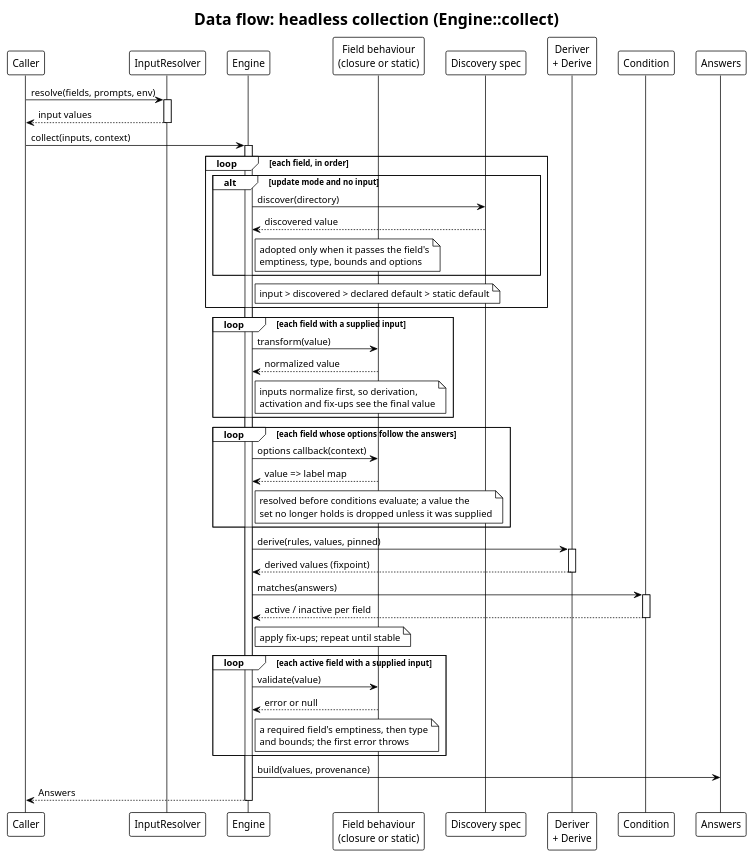
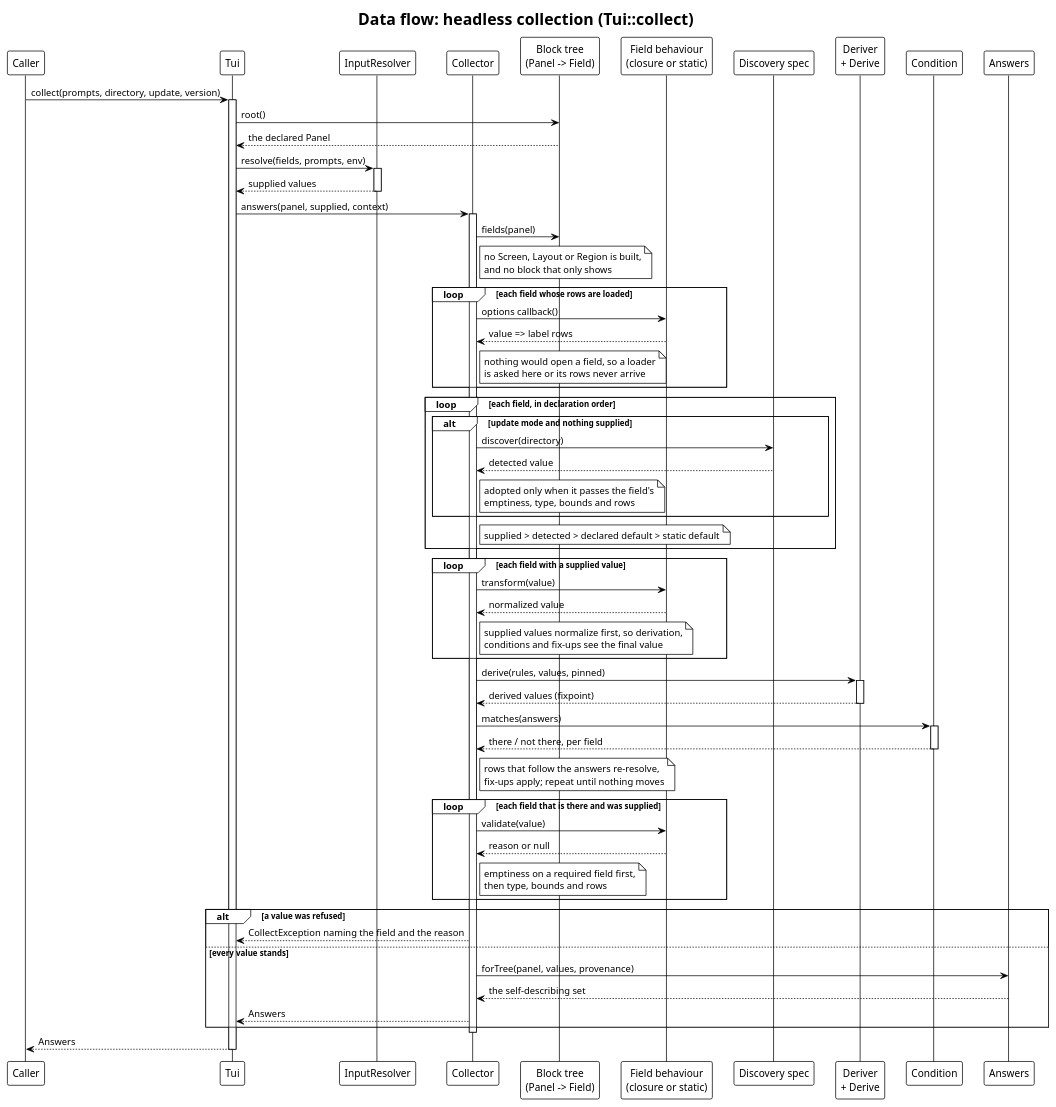
One commit to drevops/phptui changed the diagram in docs/architecture/dataflow-collect.puml. Above: the diagram before and after it, drawn with PlantUML. The commit also changed 1596 other files, not shown here.

Commit message:
Refactored to use capability-driven architecture and new visual hierarchy.

```diff
--- a/docs/architecture/dataflow-collect.puml
+++ b/docs/architecture/dataflow-collect.puml
@@ -1,68 +1,89 @@
 @startuml
 ' drevops/tui - data flow for headless collection.
-' Traced from src/Engine/Engine.php (collect -> resolveAll -> transformInputs -> stabilize -> guardInputs).
+' Traced from src/Tui.php (collect) and src/Screen/Collector.php
+' (answers -> fetched -> settle -> resolveAll -> transformSupplied -> stabilize
+' -> refusal).
 ' Regenerate every SVG with:  plantuml -tsvg docs/architecture/*.puml
 !theme plain
 skinparam backgroundColor white
 skinparam defaultFontName Helvetica
 skinparam shadowing false
-title Data flow: headless collection (Engine::collect)
+title Data flow: headless collection (Tui::collect)
 
 participant "Caller" as Caller
+participant "Tui" as Tui
 participant "InputResolver" as IR
-participant "Engine" as Eng
+participant "Collector" as Col
+participant "Block tree\n(Panel -> Field)" as Tree
 participant "Field behaviour\n(closure or static)" as B
 participant "Discovery spec" as Disc
 participant "Deriver\n+ Derive" as Der
 participant "Condition" as CE
 participant "Answers" as Ans
 
-Caller -> IR: resolve(fields, prompts, env)
+Caller -> Tui: collect(prompts, directory, update, version)
+activate Tui
+
+Tui -> Tree: root()
+Tree --> Tui: the declared Panel
+
+Tui -> IR: resolve(fields, prompts, env)
 activate IR
-IR --> Caller: input values
+IR --> Tui: supplied values
 deactivate IR
 
-Caller -> Eng: collect(inputs, context)
-activate Eng
+Tui -> Col: answers(panel, supplied, context)
+activate Col
 
-loop each field, in order
-  alt update mode and no input
-    Eng -> Disc: discover(directory)
-    Disc --> Eng: discovered value
-    note right of Eng: adopted only when it passes the field's\nemptiness, type, bounds and options
-  end
-  note right of Eng: input > discovered > declared default > static default
+Col -> Tree: fields(panel)
+note right of Col: no Screen, Layout or Region is built,\nand no block that only shows
+
+loop each field whose rows are loaded
+  Col -> B: options callback()
+  B --> Col: value => label rows
+  note right of Col: nothing would open a field, so a loader\nis asked here or its rows never arrive
 end
 
-loop each field with a supplied input
-  Eng -> B: transform(value)
-  B --> Eng: normalized value
-  note right of Eng: inputs normalize first, so derivation,\nactivation and fix-ups see the final value
+loop each field, in declaration order
+  alt update mode and nothing supplied
+    Col -> Disc: discover(directory)
+    Disc --> Col: detected value
+    note right of Col: adopted only when it passes the field's\nemptiness, type, bounds and rows
+  end
+  note right of Col: supplied > detected > declared default > static default
 end
 
-loop each field whose options follow the answers
-  Eng -> B: options callback(context)
-  B --> Eng: value => label map
-  note right of Eng: resolved before conditions evaluate; a value the\nset no longer holds is dropped unless it was supplied
+loop each field with a supplied value
+  Col -> B: transform(value)
+  B --> Col: normalized value
+  note right of Col: supplied values normalize first, so derivation,\nconditions and fix-ups see the final value
 end
 
-Eng -> Der: derive(rules, values, pinned)
+Col -> Der: derive(rules, values, pinned)
 activate Der
-Der --> Eng: derived values (fixpoint)
+Der --> Col: derived values (fixpoint)
 deactivate Der
-Eng -> CE: matches(answers)
+Col -> CE: matches(answers)
 activate CE
-CE --> Eng: active / inactive per field
+CE --> Col: there / not there, per field
 deactivate CE
-note right of Eng: apply fix-ups; repeat until stable
+note right of Col: rows that follow the answers re-resolve,\nfix-ups apply; repeat until nothing moves
 
-loop each active field with a supplied input
-  Eng -> B: validate(value)
-  B --> Eng: error or null
-  note right of Eng: a required field's emptiness, then type\nand bounds; the first error throws
+loop each field that is there and was supplied
+  Col -> B: validate(value)
+  B --> Col: reason or null
+  note right of Col: emptiness on a required field first,\nthen type, bounds and rows
 end
 
-Eng -> Ans: build(values, provenance)
-Eng --> Caller: Answers
-deactivate Eng
+alt a value was refused
+  Col --> Tui: CollectException naming the field and the reason
+else every value stands
+  Col -> Ans: forTree(panel, values, provenance)
+  Ans --> Col: the self-describing set
+  Col --> Tui: Answers
+end
+deactivate Col
+
+Tui --> Caller: Answers
+deactivate Tui
 @enduml
```
